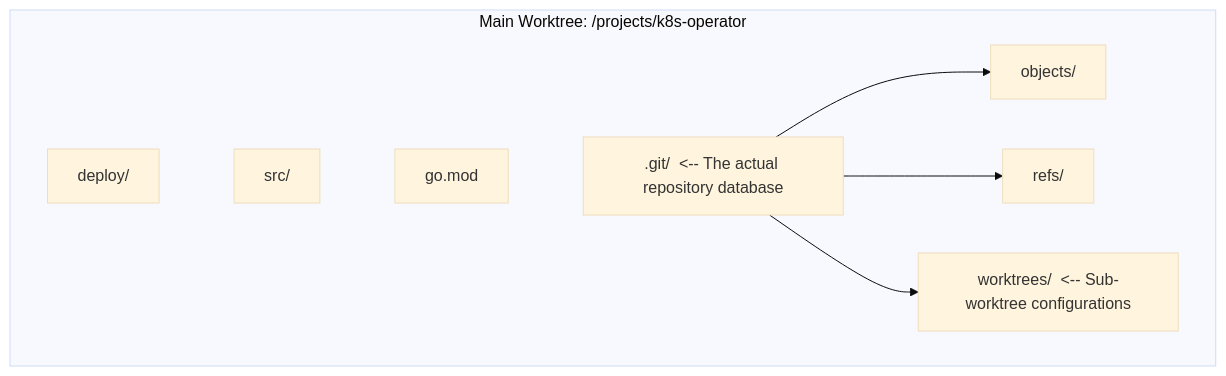
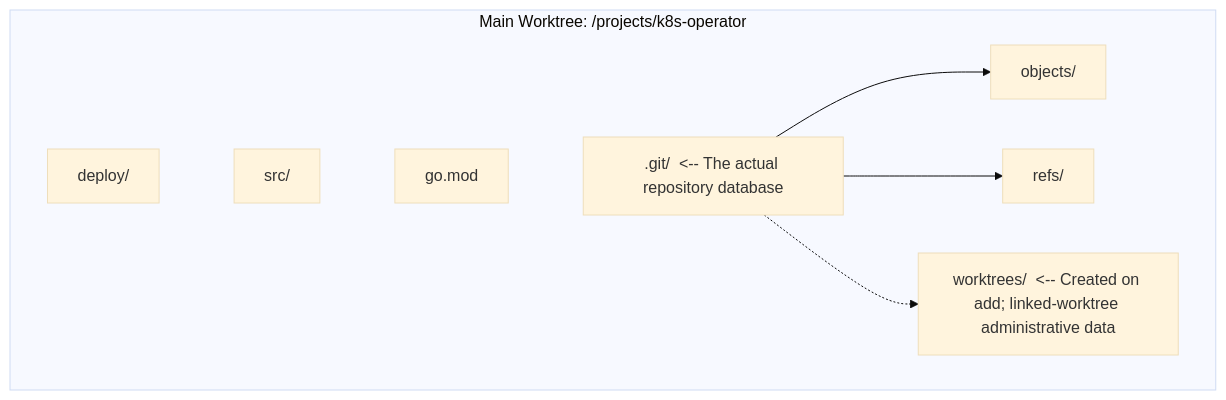
One commit to kube-dojo/kube-dojo.github.io changed the first of 2 diagrams in src/content/docs/prerequisites/git-deep-dive/module-5-worktrees-stashing.md. Above: the diagram before and after it, drawn with Mermaid (base theme). The commit also changed other lines of this file and 1 other file, not shown here.

Commit message:
fix: make worktree and stash practice reproducible (refs #3621)

````diff
--- a/src/content/docs/prerequisites/git-deep-dive/module-5-worktrees-stashing.md
+++ b/src/content/docs/prerequisites/git-deep-dive/module-5-worktrees-stashing.md
@@ -204,12 +208,12 @@
 ```mermaid
 flowchart TD
     subgraph MainWorktree ["Main Worktree: /projects/k8s-operator"]
         deploy["deploy/"] ~~~ src["src/"]
         src ~~~ gomod["go.mod"]
         gomod ~~~ dotgit[".git/  <-- The actual repository database"]
         
         dotgit --> objects["objects/"]
         dotgit --> refs["refs/"]
-        dotgit --> worktrees["worktrees/  <-- Sub-worktree configurations"]
+        dotgit -.-> worktrees["worktrees/  <-- Created on add; linked-worktree administrative data"]
     end
 ```
````
